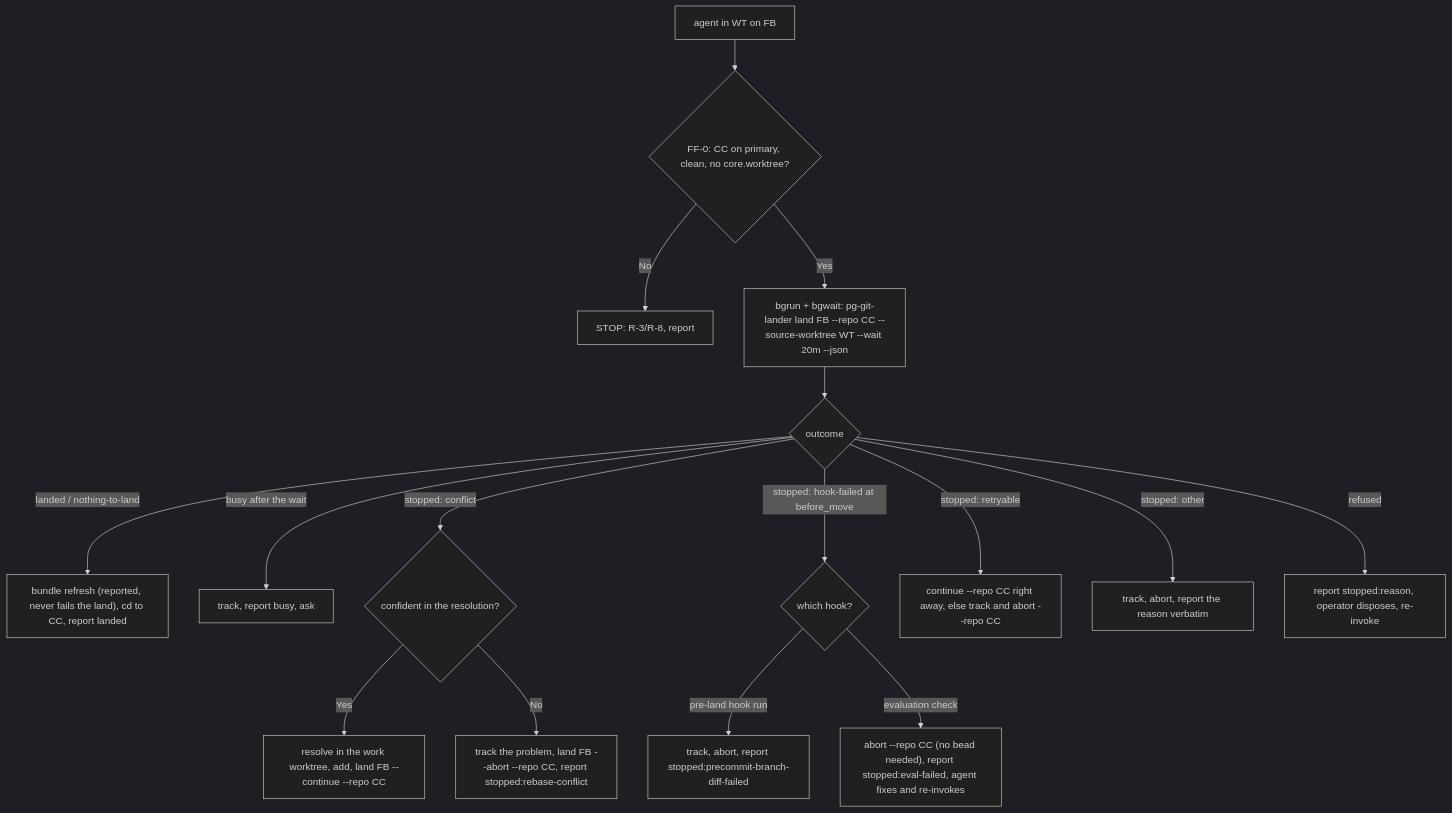
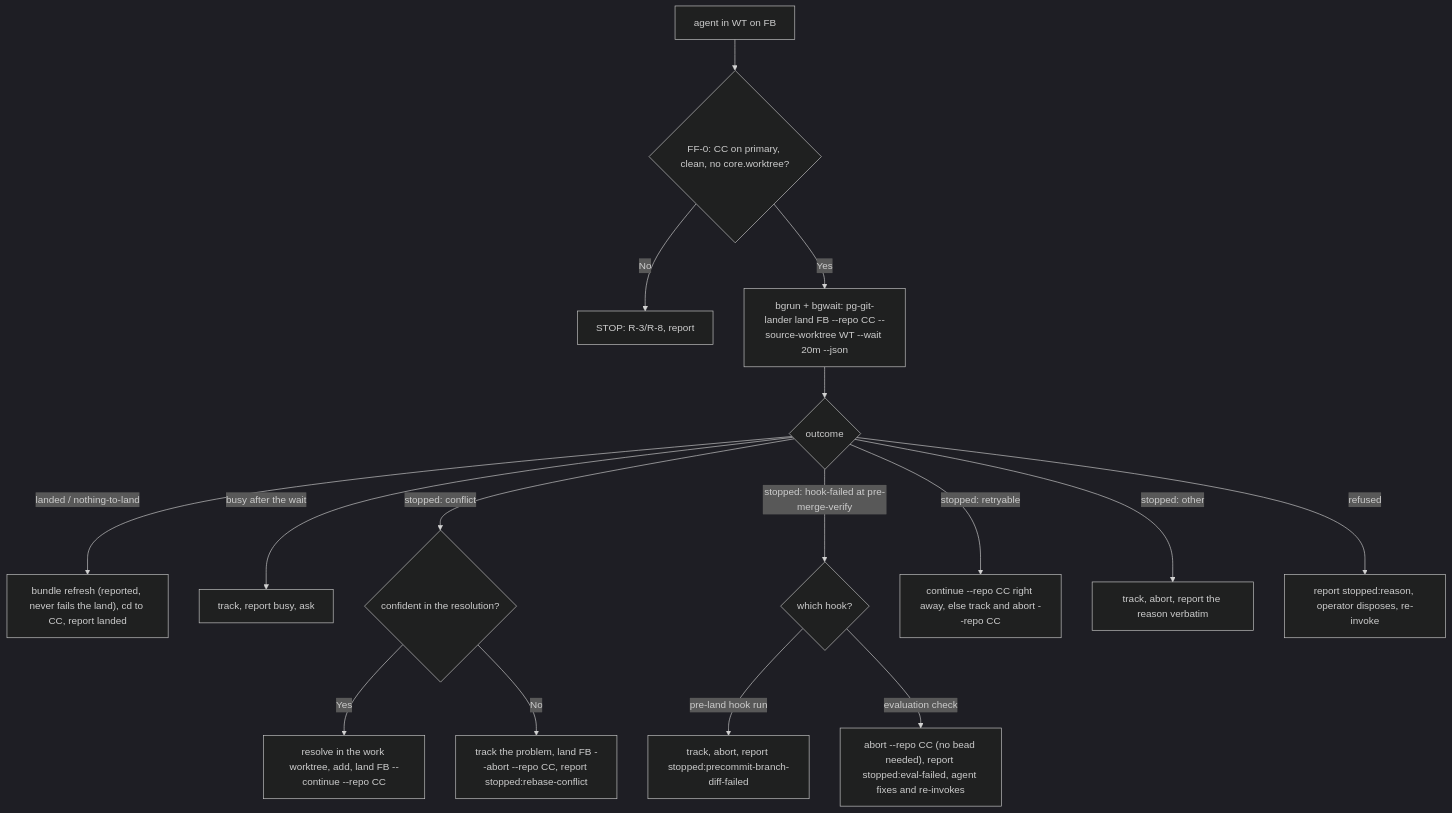
The diagram in claude-marketplace/integrate-branch/skills/ff-merge-to-main/SKILL.md (phillipgreenii/nix-agent-support), drawn with Mermaid (dark theme) before and after one commit. The commit also changed other lines of this file and 8 other files, not shown here.

First line of the commit message:
pg-git-lander: document the new hook points and --no-verify

````diff
--- a/claude-marketplace/integrate-branch/skills/ff-merge-to-main/SKILL.md
+++ b/claude-marketplace/integrate-branch/skills/ff-merge-to-main/SKILL.md
@@ -317,18 +328,18 @@
 ```mermaid
 flowchart TD
     A["agent in WT on FB"] --> F0{"FF-0: CC on primary, clean, no core.worktree?"}
     F0 -->|No| S0["STOP: R-3/R-8, report"]
     F0 -->|Yes| L["bgrun + bgwait: pg-git-lander land FB --repo CC --source-worktree WT --wait 20m --json"]
     L --> O{"outcome"}
     O -->|"landed / nothing-to-land"| R["bundle refresh (reported, never fails the land), cd to CC, report landed"]
     O -->|"busy after the wait"| B["track, report busy, ask"]
     O -->|"stopped: conflict"| C{"confident in the resolution?"}
     C -->|Yes| CC["resolve in the work worktree, add, land FB --continue --repo CC"]
     C -->|No| AB["track the problem, land FB --abort --repo CC, report stopped:rebase-conflict"]
-    O -->|"stopped: hook-failed at before_move"| H{"which hook?"}
+    O -->|"stopped: hook-failed at pre-merge-verify"| H{"which hook?"}
     H -->|"pre-land hook run"| S1["track, abort, report stopped:precommit-branch-diff-failed"]
     H -->|"evaluation check"| S2["abort --repo CC (no bead needed), report stopped:eval-failed, agent fixes and re-invokes"]
     O -->|"stopped: retryable"| T["continue --repo CC right away, else track and abort --repo CC"]
     O -->|"stopped: other"| S3["track, abort, report the reason verbatim"]
     O -->|"refused"| S4["report stopped:reason, operator disposes, re-invoke"]
 ```
````
